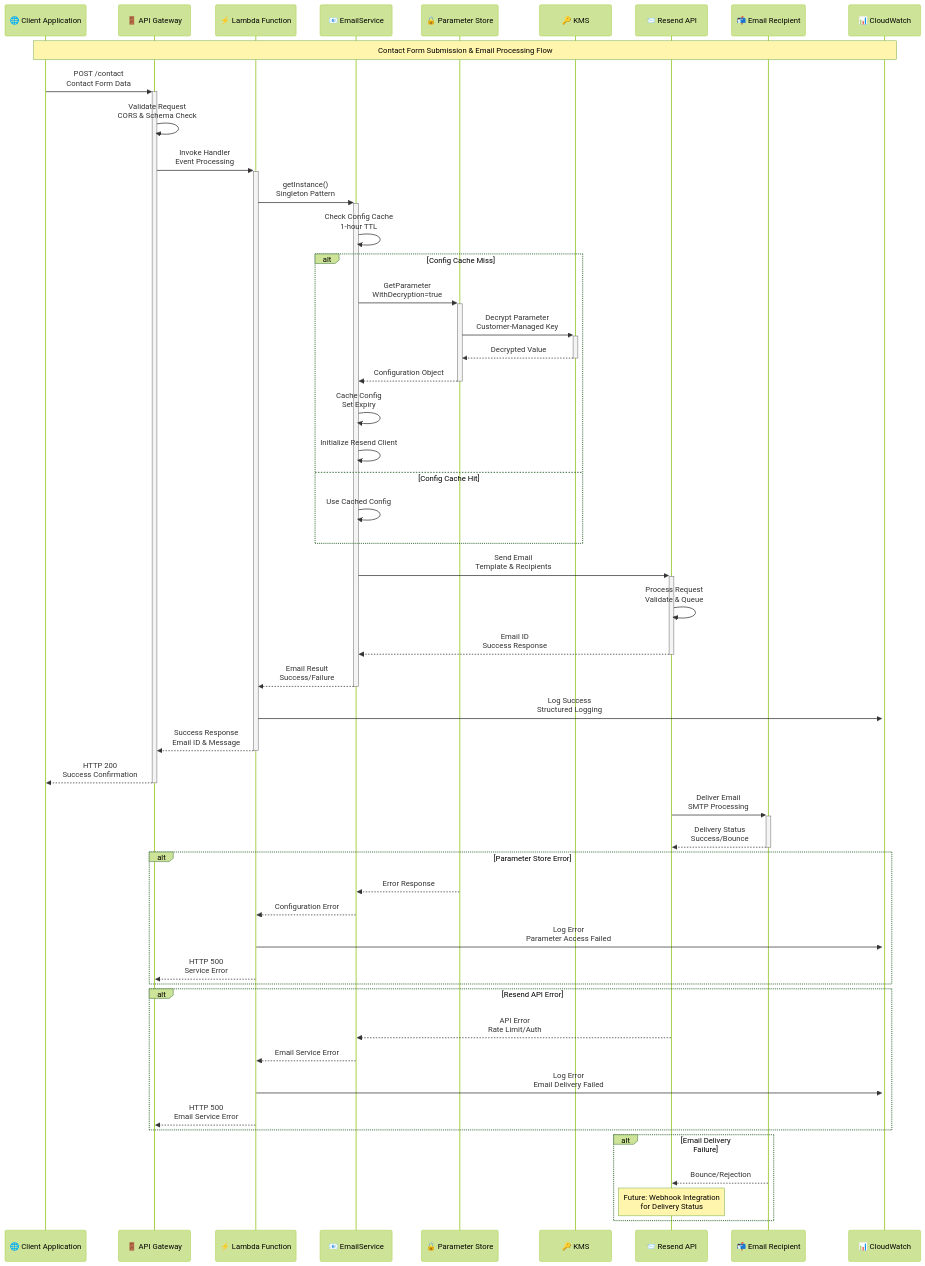
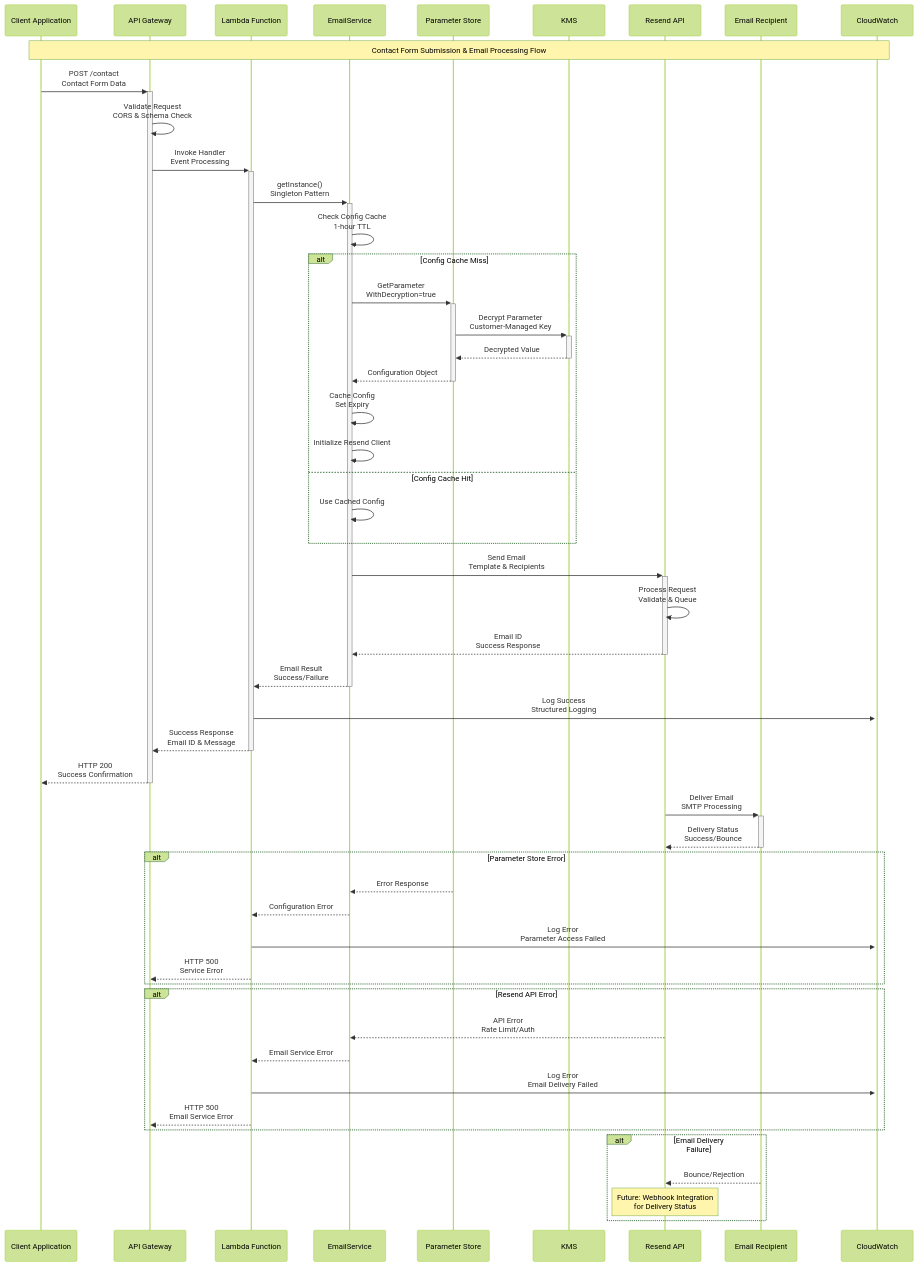
The second of 2 diagrams in docs/infrastructure/application-integration-examples.md (BjornMelin/bjornmelin-platform-io), drawn with Mermaid (forest theme) before and after one commit. The commit also changed other lines of this file and 2 other files, not shown here.

First line of the commit message:
docs: standardize Mermaid diagram labels for clarity

````diff
--- a/docs/infrastructure/application-integration-examples.md
+++ b/docs/infrastructure/application-integration-examples.md
@@ -124,69 +124,69 @@
 ```mermaid
 sequenceDiagram
-    participant Client as 🌐 Client Application
-    participant API as 🚪 API Gateway
-    participant Lambda as ⚡ Lambda Function
-    participant EmailSvc as 📧 EmailService
-    participant ParamStore as 🔒 Parameter Store
-    participant KMS as 🔑 KMS
-    participant Resend as 📨 Resend API
-    participant Recipient as 📬 Email Recipient
-    participant CW as 📊 CloudWatch
+    participant Client as Client Application
+    participant API as API Gateway
+    participant Lambda as Lambda Function
+    participant EmailSvc as EmailService
+    participant ParamStore as Parameter Store
+    participant KMS as KMS
+    participant Resend as Resend API
+    participant Recipient as Email Recipient
+    participant CW as CloudWatch
     
     Note over Client,CW: Contact Form Submission & Email Processing Flow
     
     %% Request Processing
     Client->>+API: POST /contact<br/>Contact Form Data
     API->>API: Validate Request<br/>CORS & Schema Check
     API->>+Lambda: Invoke Handler<br/>Event Processing
     
     %% Email Service Initialization
     Lambda->>+EmailSvc: getInstance()<br/>Singleton Pattern
     EmailSvc->>EmailSvc: Check Config Cache<br/>1-hour TTL
     
     alt Config Cache Miss
         EmailSvc->>+ParamStore: GetParameter<br/>WithDecryption=true
         ParamStore->>+KMS: Decrypt Parameter<br/>Customer-Managed Key
         KMS-->>-ParamStore: Decrypted Value
         ParamStore-->>-EmailSvc: Configuration Object
         EmailSvc->>EmailSvc: Cache Config<br/>Set Expiry
         EmailSvc->>EmailSvc: Initialize Resend Client
     else Config Cache Hit
         EmailSvc->>EmailSvc: Use Cached Config
     end
     
     %% Email Processing
     EmailSvc->>+Resend: Send Email<br/>Template & Recipients
     Resend->>Resend: Process Request<br/>Validate & Queue
     Resend-->>-EmailSvc: Email ID<br/>Success Response
     EmailSvc-->>-Lambda: Email Result<br/>Success/Failure
     
     %% Response & Logging
     Lambda->>+CW: Log Success<br/>Structured Logging
     Lambda-->>-API: Success Response<br/>Email ID & Message
     API-->>-Client: HTTP 200<br/>Success Confirmation
     
     %% Async Email Delivery
     Resend->>+Recipient: Deliver Email<br/>SMTP Processing
     Recipient-->>-Resend: Delivery Status<br/>Success/Bounce
     
     %% Error Handling Flows
     alt Parameter Store Error
         ParamStore-->>EmailSvc: Error Response
         EmailSvc-->>Lambda: Configuration Error
         Lambda->>CW: Log Error<br/>Parameter Access Failed
         Lambda-->>API: HTTP 500<br/>Service Error
     end
     
     alt Resend API Error
         Resend-->>EmailSvc: API Error<br/>Rate Limit/Auth
         EmailSvc-->>Lambda: Email Service Error
         Lambda->>CW: Log Error<br/>Email Delivery Failed
         Lambda-->>API: HTTP 500<br/>Email Service Error
     end
     
     alt Email Delivery Failure
         Recipient-->>Resend: Bounce/Rejection
         Note over Resend: Future: Webhook Integration<br/>for Delivery Status
     end
 ```
````
